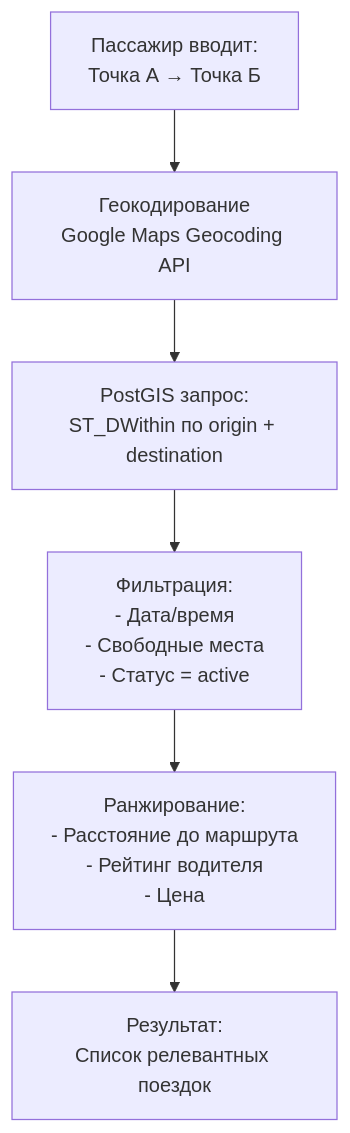
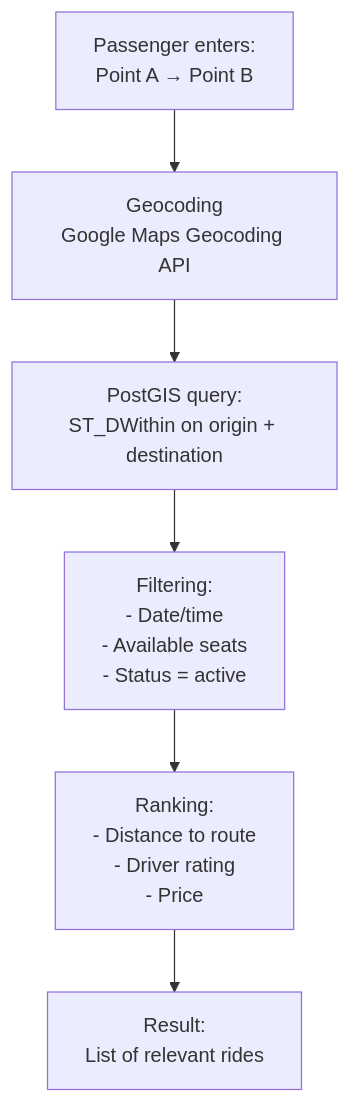
One commit to JosephIsrafilov/yolustu changed the second of 7 diagrams in yolustu_architecture.md. Above: the diagram before and after it, drawn with Mermaid. The commit also changed other lines of this file and 2 other files, not shown here.

````diff
--- a/yolustu_architecture.md
+++ b/yolustu_architecture.md
@@ -71,8 +71,8 @@
 ```mermaid
 flowchart TD
-    A["Пассажир вводит:\nТочка А → Точка Б"] --> B["Геокодирование\nGoogle Maps Geocoding API"]
-    B --> C["PostGIS запрос:\nST_DWithin по origin + destination"]
-    C --> D["Фильтрация:\n- Дата/время\n- Свободные места\n- Статус = active"]
-    D --> E["Ранжирование:\n- Расстояние до маршрута\n- Рейтинг водителя\n- Цена"]
-    E --> F["Результат:\nСписок релевантных поездок"]
+    A["Passenger enters:\nPoint A → Point B"] --> B["Geocoding\nGoogle Maps Geocoding API"]
+    B --> C["PostGIS query:\nST_DWithin on origin + destination"]
+    C --> D["Filtering:\n- Date/time\n- Available seats\n- Status = active"]
+    D --> E["Ranking:\n- Distance to route\n- Driver rating\n- Price"]
+    E --> F["Result:\nList of relevant rides"]
 ```
````
